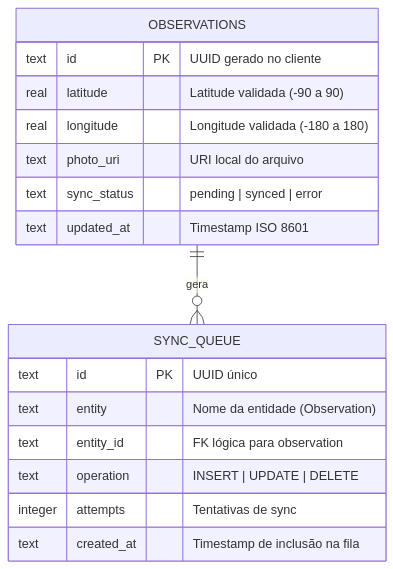
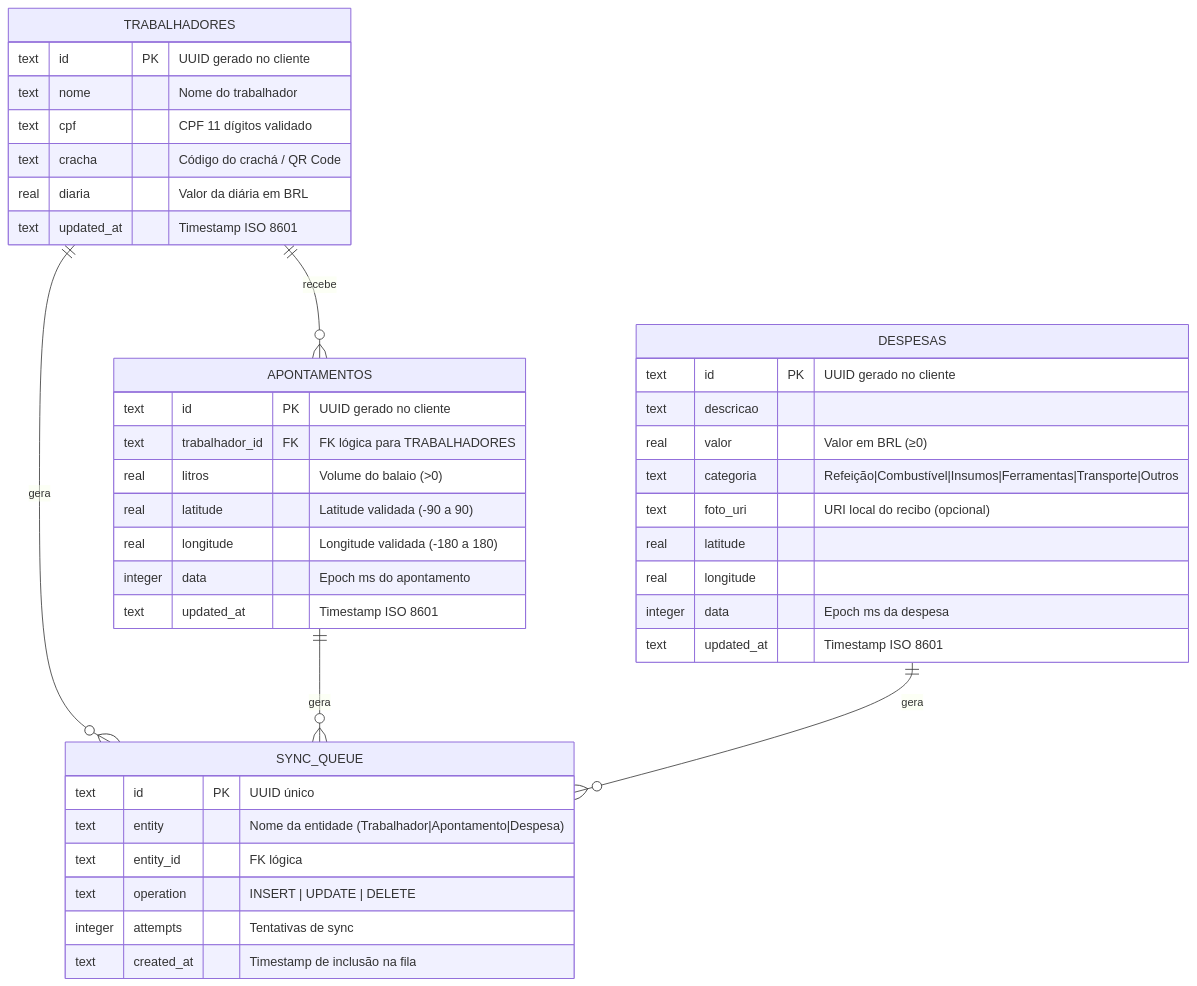
One commit to JoaoPedroScalioni/MOBILEEE changed the third of 9 diagrams in docs/documento-software-mobile.md. Above: the diagram before and after it, drawn with Mermaid. The commit also changed other lines of this file and 93 other files, not shown here.

Commit message:
feat: implement clean architecture with domain entities, use cases, UI layouts, infrastructure adapters, and test suite

````diff
--- a/docs/documento-software-mobile.md
+++ b/docs/documento-software-mobile.md
@@ -231,22 +431,47 @@
 ```mermaid
 erDiagram
-    OBSERVATIONS ||--o{ SYNC_QUEUE : gera
+    TRABALHADORES ||--o{ APONTAMENTOS : recebe
+    TRABALHADORES ||--o{ SYNC_QUEUE : gera
+    APONTAMENTOS ||--o{ SYNC_QUEUE : gera
+    DESPESAS ||--o{ SYNC_QUEUE : gera
 
-    OBSERVATIONS {
+    TRABALHADORES {
         text id PK "UUID gerado no cliente"
+        text nome "Nome do trabalhador"
+        text cpf "CPF 11 dígitos validado"
+        text cracha "Código do crachá / QR Code"
+        real diaria "Valor da diária em BRL"
+        text updated_at "Timestamp ISO 8601"
+    }
+
+    APONTAMENTOS {
+        text id PK "UUID gerado no cliente"
+        text trabalhador_id FK "FK lógica para TRABALHADORES"
+        real litros "Volume do balaio (>0)"
         real latitude "Latitude validada (-90 a 90)"
         real longitude "Longitude validada (-180 a 180)"
-        text photo_uri "URI local do arquivo"
-        text sync_status "pending | synced | error"
+        integer data "Epoch ms do apontamento"
+        text updated_at "Timestamp ISO 8601"
+    }
+
+    DESPESAS {
+        text id PK "UUID gerado no cliente"
+        text descricao
+        real valor "Valor em BRL (≥0)"
+        text categoria "Refeição|Combustível|Insumos|Ferramentas|Transporte|Outros"
+        text foto_uri "URI local do recibo (opcional)"
+        real latitude
+        real longitude
+        integer data "Epoch ms da despesa"
         text updated_at "Timestamp ISO 8601"
     }
 
     SYNC_QUEUE {
         text id PK "UUID único"
-        text entity "Nome da entidade (Observation)"
-        text entity_id "FK lógica para observation"
+        text entity "Nome da entidade (Trabalhador|Apontamento|Despesa)"
+        text entity_id "FK lógica"
         text operation "INSERT | UPDATE | DELETE"
         integer attempts "Tentativas de sync"
         text created_at "Timestamp de inclusão na fila"
     }
 ```
````
